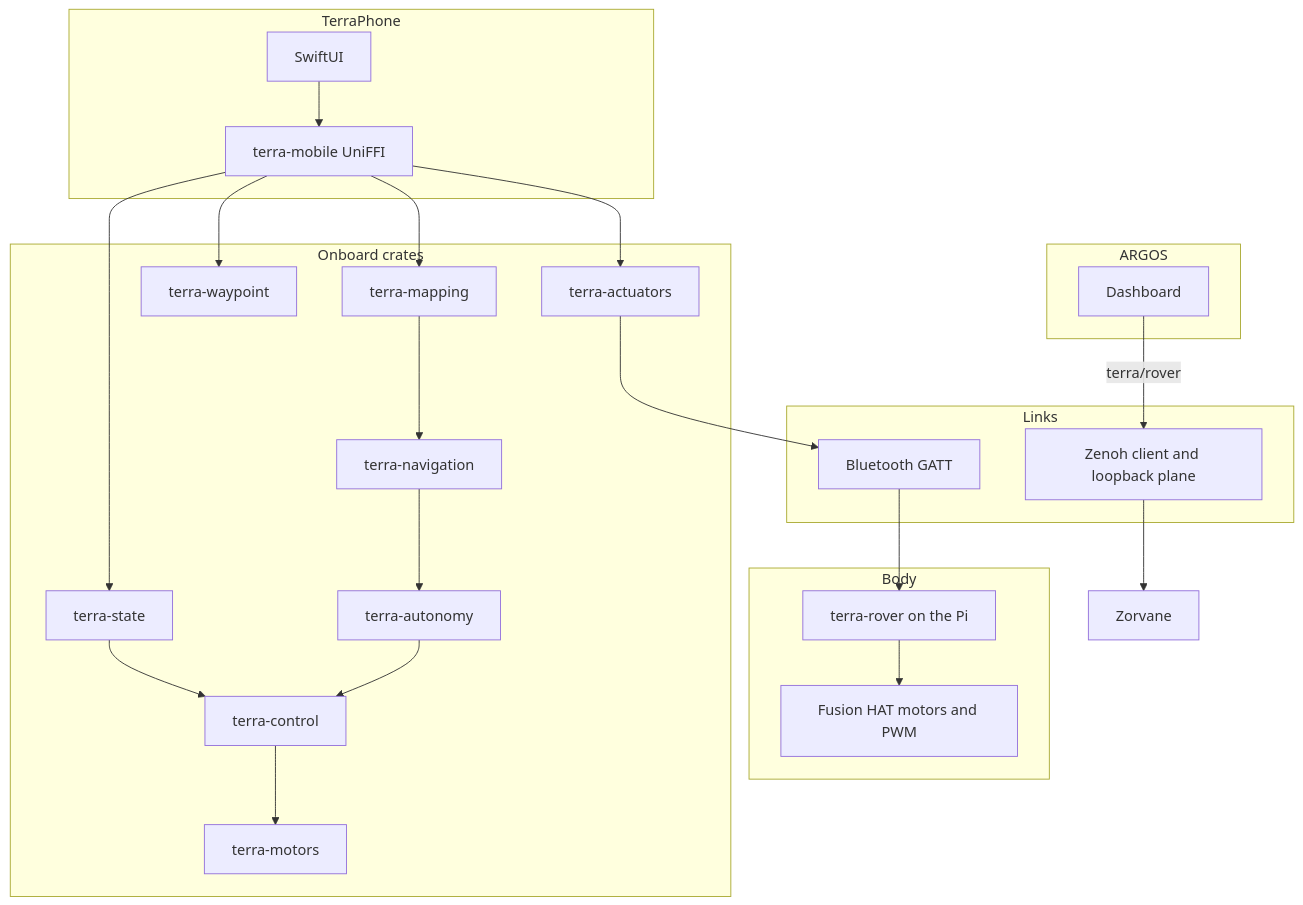
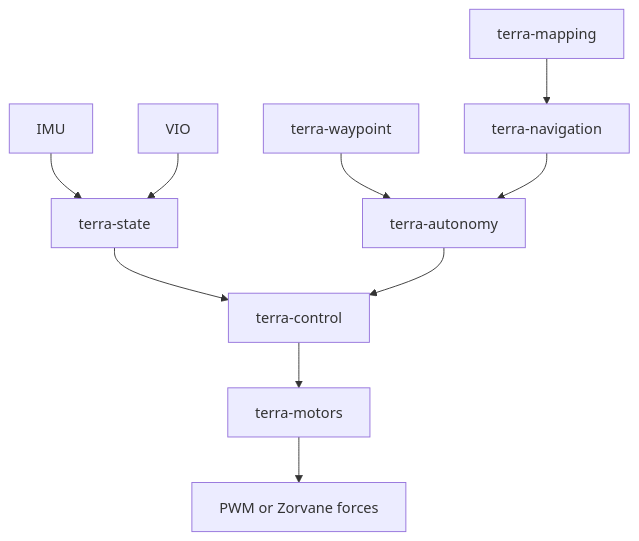
One commit to Super-Yojan/Terra changed the first of 2 diagrams in docs/architecture.md. Above: the diagram before and after it, drawn with Mermaid. The commit also changed other lines of this file and 55 other files, not shown here.

First line of the commit message:
Make the Terra docs scannable with diagrams and short pages. (#30)

````diff
--- a/docs/architecture.md
+++ b/docs/architecture.md
@@ -5,38 +12,12 @@
 ```mermaid
 flowchart TB
-  subgraph argos [ARGOS]
-    Dash[Dashboard]
-  end
-  subgraph phone [TerraPhone]
-    UI[SwiftUI]
-    FFI[terra-mobile UniFFI]
-  end
-  subgraph onboard [Onboard crates]
-    Est[terra-state]
-    Ctrl[terra-control]
-    Way[terra-waypoint]
-    Map[terra-mapping]
-    Nav[terra-navigation]
-    Arb[terra-autonomy]
-    Mot[terra-motors]
-    Act[terra-actuators]
-  end
-  subgraph links [Links]
-    Zenoh[Zenoh client and loopback plane]
-    BLE[Bluetooth GATT]
-  end
-  subgraph body [Body]
-    Pi[terra-rover on the Pi]
-    Hat[Fusion HAT motors and PWM]
-  end
-  Dash -->|terra/rover| Zenoh
-  UI --> FFI
-  FFI --> Est --> Ctrl
-  FFI --> Way
-  FFI --> Map --> Nav --> Arb
-  Arb --> Ctrl
-  Ctrl --> Mot
-  FFI --> Act
-  Act --> BLE --> Pi --> Hat
-  Zenoh --> Zorvane[Zorvane]
+  IMU[IMU] --> State[terra-state]
+  VIO[VIO] --> State
+  State --> Ctrl[terra-control]
+  Goal[terra-waypoint] --> Auto[terra-autonomy]
+  Map[terra-mapping] --> Nav[terra-navigation]
+  Nav --> Auto
+  Auto --> Ctrl
+  Ctrl --> Mot[terra-motors]
+  Mot --> PWM[PWM or Zorvane forces]
 ```
````
